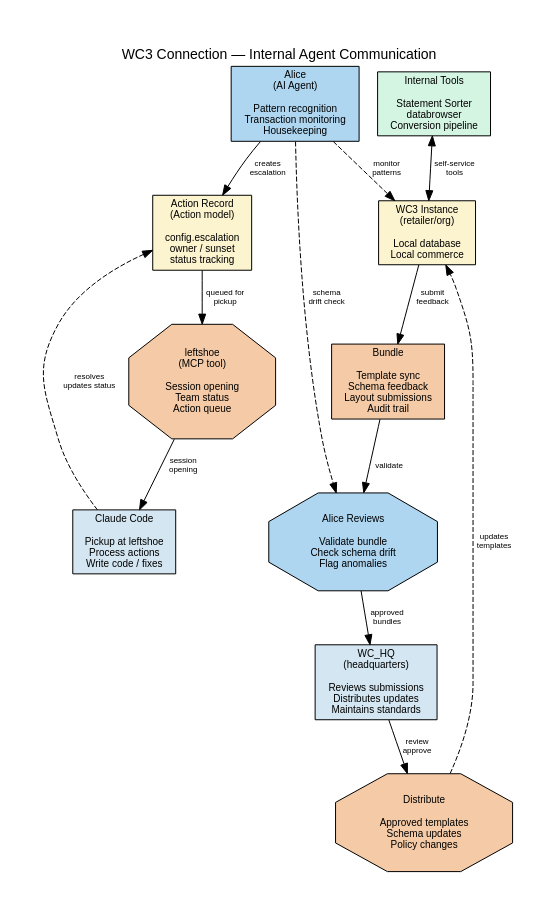
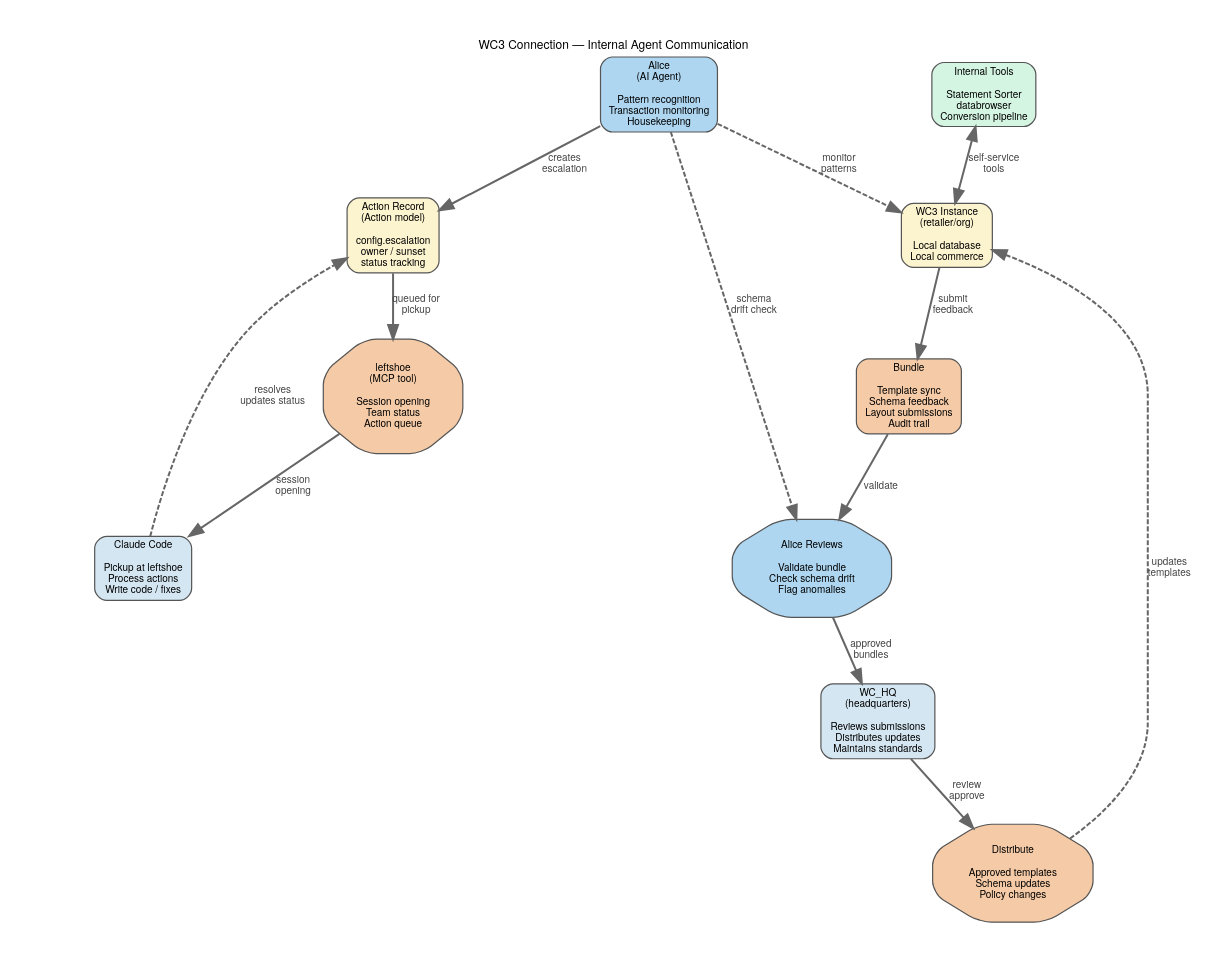
Before and after one commit to JPods/allie-core: the diagram in readmes/flowcharts/wc3-conn-internal.enriched.dot, drawn with Graphviz. The commit also changed 121 other files, not shown here.

First line of the commit message:
CodeMap: live architecture tool — 3 layers, 34 flowcharts, 55+ mapped nodes

```diff
--- a/readmes/flowcharts/wc3-conn-internal.enriched.dot
+++ b/readmes/flowcharts/wc3-conn-internal.enriched.dot
@@ -1,66 +1,93 @@
 // WC3 Connection: Internal Agent Communication — Alice, Claude Code, WC_HQ coordination
 // Render: dot -Tpdf wc3-conn-internal.dot -o wc3-conn-internal.pdf
 
 // CodeMap revision: 1 — 2026-08-11
 
 digraph wc3_conn_internal {
+    // ── CodeMap Standard Style ──
+    fontname="Helvetica Neue,Helvetica,Arial,sans-serif"
+    fontsize=12
+    bgcolor="white"
+    pad=0.4
+    nodesep=0.5
+    ranksep=0.6
+    splines=true
+    ratio=0.75
+
+    node [
+        fontname="Helvetica Neue,Helvetica,Arial,sans-serif"
+        fontsize=10
+        style="filled,rounded"
+        shape=box
+        penwidth=1.2
+        color="#555555"
+        margin="0.12,0.06"
+    ]
+
+    edge [
+        fontname="Helvetica Neue,Helvetica,Arial,sans-serif"
+        fontsize=10
+        penwidth=2.0
+        arrowhead=normal
+        arrowsize=1.4
+        color="#666666"
+        fontcolor="#444444"
+    ]
+
     rankdir=TB
-    fontname="Helvetica"
-    fontsize=11
-    node [fontname="Helvetica" fontsize=10 style=filled]
-    edge [fontname="Helvetica" fontsize=8]
     label="WC3 Connection — Internal Agent Communication"
     labelloc=t
-    fontsize=14
-    pad=0.5
 
     // ── Alice ──
     alice [label="Alice\n(AI Agent)\n\nPattern recognition\nTransaction monitoring\nHousekeeping" shape=box fillcolor="#AED6F1"]
 
     // ── Action record ──
-    action [label="Action Record\n(Action model)\n\nconfig.escalation\nowner / sunset\nstatus tracking" shape=box fillcolor="#FCF3CF"]
+    action [label="Action Record\n(Action model)\n\nconfig.escalation\nowner / sunset\nstatus tracking" shape=box fillcolor="#FCF3CF" URL="vscode://file/Users/williamjames/Documents/CommerceExpert/webClerk3/apps/core/models/action.py:10" target="_blank" tooltip="Universal task — who, what, why, when, where, how. References any record. Tracks communication touches.\nModel: apps/core/models/action.py:10\nFunctions:
+  Action._pending_attachments @ apps/core/models/action.py:198 (pre_save captures attachment list)
+  Action.post_save (linkage) @ apps/core/models/action.py:230 (creates LinkageEntry group for documents)
+  Action.contact_id resolve @ apps/core/models/action.py:285 (auto-resolves contact from assigned_to)"]
 
     // ── Claude Code ──
     claude [label="Claude Code\n\nPickup at leftshoe\nProcess actions\nWrite code / fixes" shape=box fillcolor="#D4E6F1"]
 
     // ── leftshoe ──
     leftshoe [label="leftshoe\n(MCP tool)\n\nSession opening\nTeam status\nAction queue" shape=octagon fillcolor="#F5CBA7"]
 
     // ── WC3 Instance ──
     wc3_instance [label="WC3 Instance\n(retailer/org)\n\nLocal database\nLocal commerce" shape=box fillcolor="#FCF3CF"]
 
     // ── Bundle ──
     bundle [label="Bundle\n\nTemplate sync\nSchema feedback\nLayout submissions\nAudit trail" shape=box fillcolor="#F5CBA7"]
 
     // ── Alice review ──
     alice_review [label="Alice Reviews\n\nValidate bundle\nCheck schema drift\nFlag anomalies" shape=octagon fillcolor="#AED6F1"]
 
     // ── WC_HQ ──
     wc_hq [label="WC_HQ\n(headquarters)\n\nReviews submissions\nDistributes updates\nMaintains standards" shape=box fillcolor="#D4E6F1"]
 
     // ── Distribution ──
     distribute [label="Distribute\n\nApproved templates\nSchema updates\nPolicy changes" shape=octagon fillcolor="#F5CBA7"]
 
     // ── Internal tools ──
     internal_tools [label="Internal Tools\n\nStatement Sorter\ndatabrowser\nConversion pipeline" shape=box fillcolor="#D5F5E3"]
 
     // ── Edges: Alice -> Claude Code path ──
     alice -> action [label="creates\nescalation"]
     action -> leftshoe [label="queued for\npickup"]
     leftshoe -> claude [label="session\nopening"]
     claude -> action [style=dashed label="resolves\nupdates status"]
 
     // ── Edges: WC3 Instance -> WC_HQ path ──
     wc3_instance -> bundle [label="submit\nfeedback"]
     bundle -> alice_review [label="validate"]
     alice_review -> wc_hq [label="approved\nbundles"]
     wc_hq -> distribute [label="review\napprove"]
     distribute -> wc3_instance [label="updates\ntemplates" style=dashed]
 
     // ── Edges: internal tools ──
     internal_tools -> wc3_instance [label="self-service\ntools" dir=both]
 
     // ── Alice monitoring ──
     alice -> wc3_instance [style=dashed label="monitor\npatterns"]
     alice -> alice_review [style=dashed label="schema\ndrift check"]
 }
```
